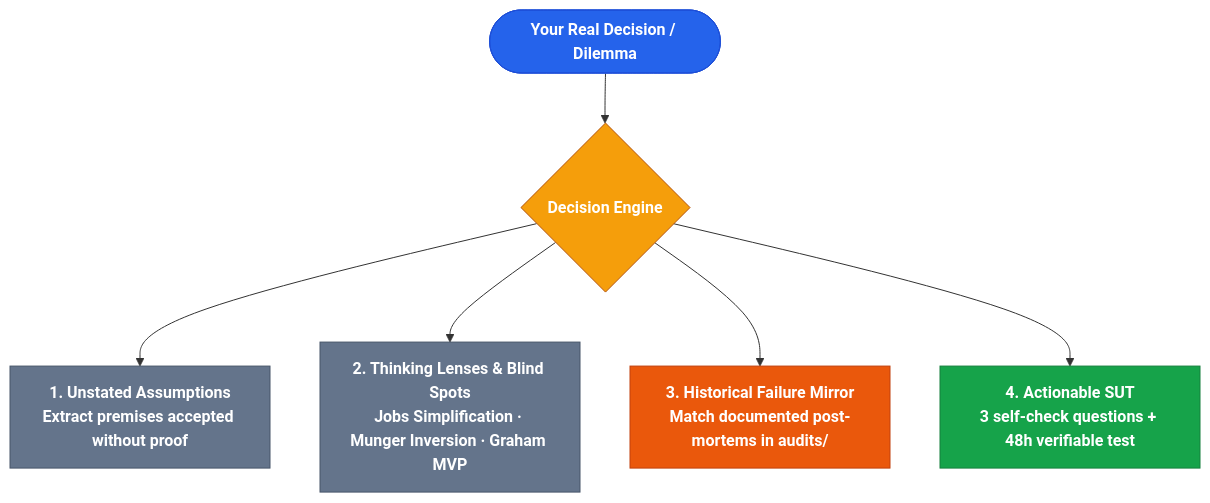
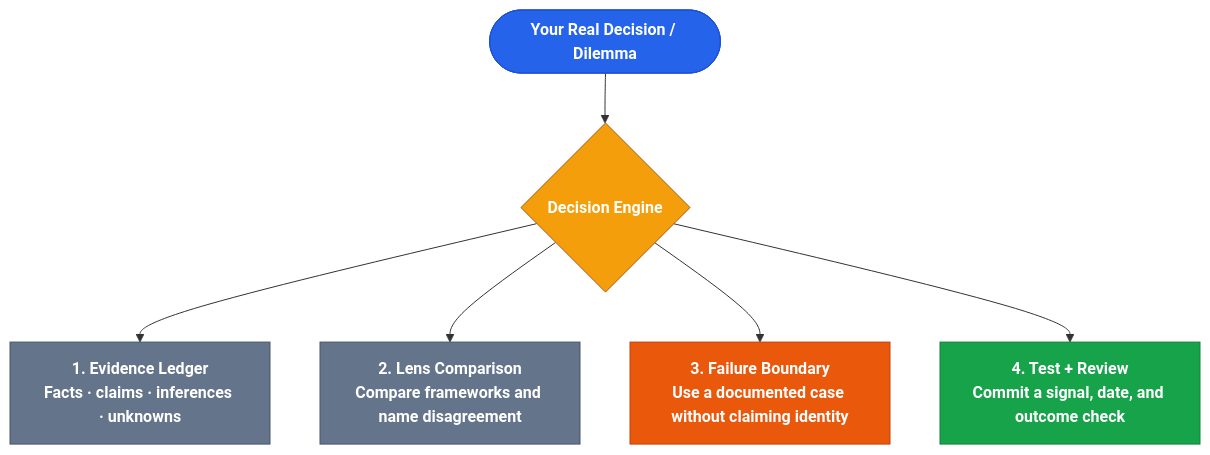
Before and after one commit to DOTfei/borrowed-brain-pro: the diagram in README.md, drawn with Mermaid. The commit also changed other lines of this file and 31 other files, not shown here.

````diff
--- a/README.md
+++ b/README.md
@@ -83,19 +112,15 @@
 ```mermaid
 flowchart TD
     Dilemma(["Your Real Decision / Dilemma"]):::start --> Engine{"Decision Engine"}:::decision
 
-    Engine --> S1["1. Unstated Assumptions
-Extract premises accepted without proof"]:::action
-    Engine --> S2["2. Thinking Lenses & Blind Spots
-Jobs Simplification · Munger Inversion · Graham MVP"]:::action
-    Engine --> S3["3. Historical Failure Mirror
-Match documented post-mortems in audits/"]:::warning
-    Engine --> S4["4. Actionable SUT
-3 self-check questions + 48h verifiable test"]:::success
+    Engine --> S1["1. Evidence Ledger<br/>Facts · claims · inferences · unknowns"]:::action
+    Engine --> S2["2. Lens Comparison<br/>Compare frameworks and name disagreement"]:::action
+    Engine --> S3["3. Failure Boundary<br/>Use a documented case without claiming identity"]:::warning
+    Engine --> S4["4. Test + Review<br/>Commit a signal, date, and outcome check"]:::success
 
     classDef start fill:#2563eb,stroke:#1d4ed8,color:#ffffff,font-weight:bold
     classDef decision fill:#f59e0b,stroke:#b45309,color:#ffffff,font-weight:bold
     classDef action fill:#64748b,stroke:#475569,color:#ffffff,font-weight:bold
     classDef warning fill:#ea580c,stroke:#c2410c,color:#ffffff,font-weight:bold
     classDef success fill:#16a34a,stroke:#15803d,color:#ffffff,font-weight:bold
 ```
````
